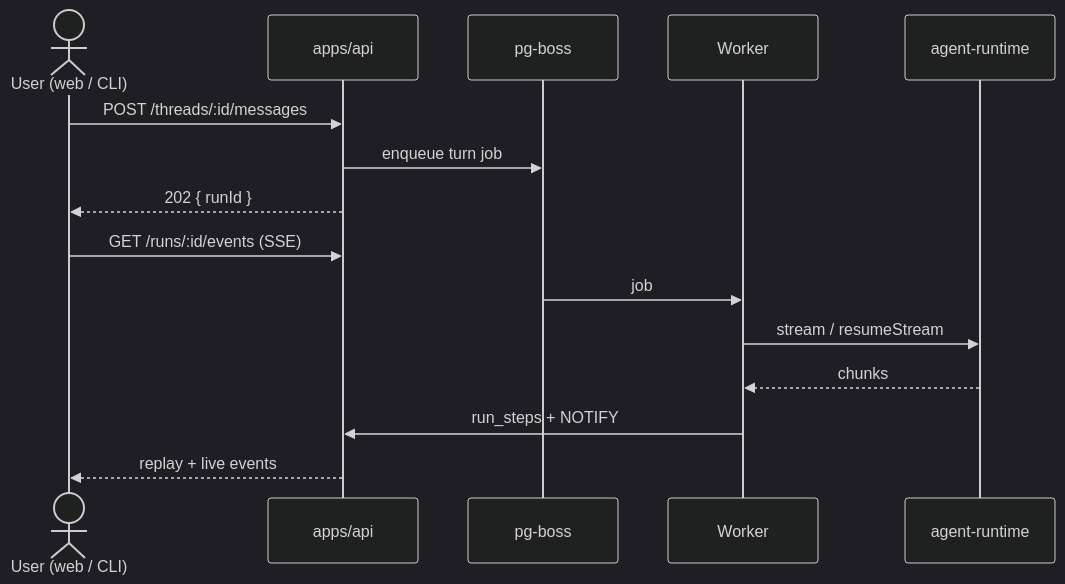
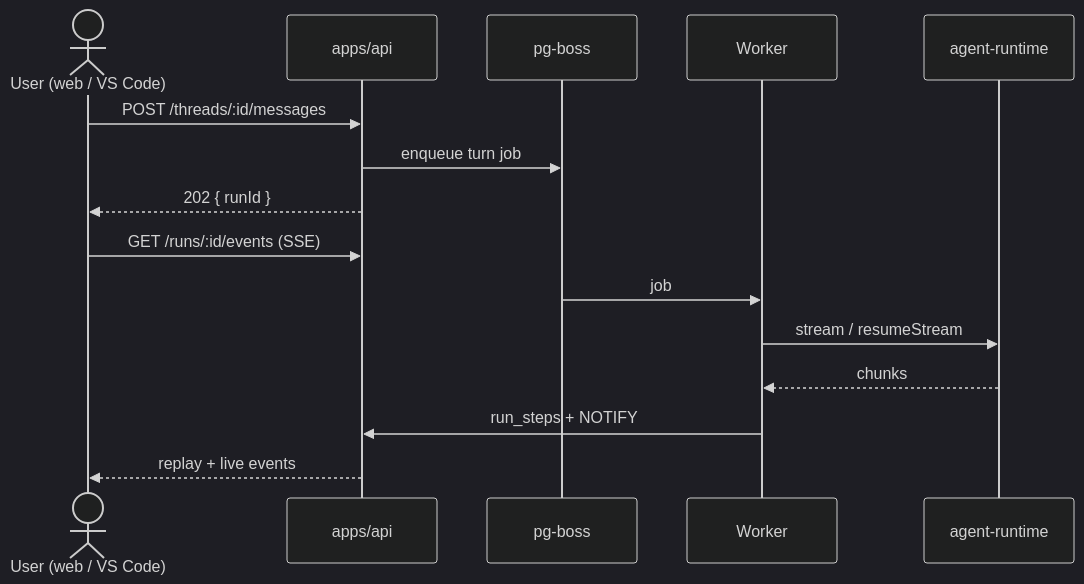
Before and after one commit to HasithaErandika/aura: the fourth of 8 diagrams in docs/plans/aura-automation-durability.md, drawn with Mermaid (dark theme). The commit also changed other lines of this file and 27 other files, not shown here.

````diff
--- a/docs/plans/aura-automation-durability.md
+++ b/docs/plans/aura-automation-durability.md
@@ -117,17 +117,17 @@
 ```mermaid
 sequenceDiagram
-    actor U as User (web / CLI)
+    actor U as User (web / VS Code)
     participant API as apps/api
     participant Q as pg-boss
     participant W as Worker
     participant RT as agent-runtime
     U->>API: POST /threads/:id/messages
     API->>Q: enqueue turn job
     API-->>U: 202 { runId }
     U->>API: GET /runs/:id/events (SSE)
     Q->>W: job
     W->>RT: stream / resumeStream
     RT-->>W: chunks
     W->>API: run_steps + NOTIFY
     API-->>U: replay + live events
 ```
````
